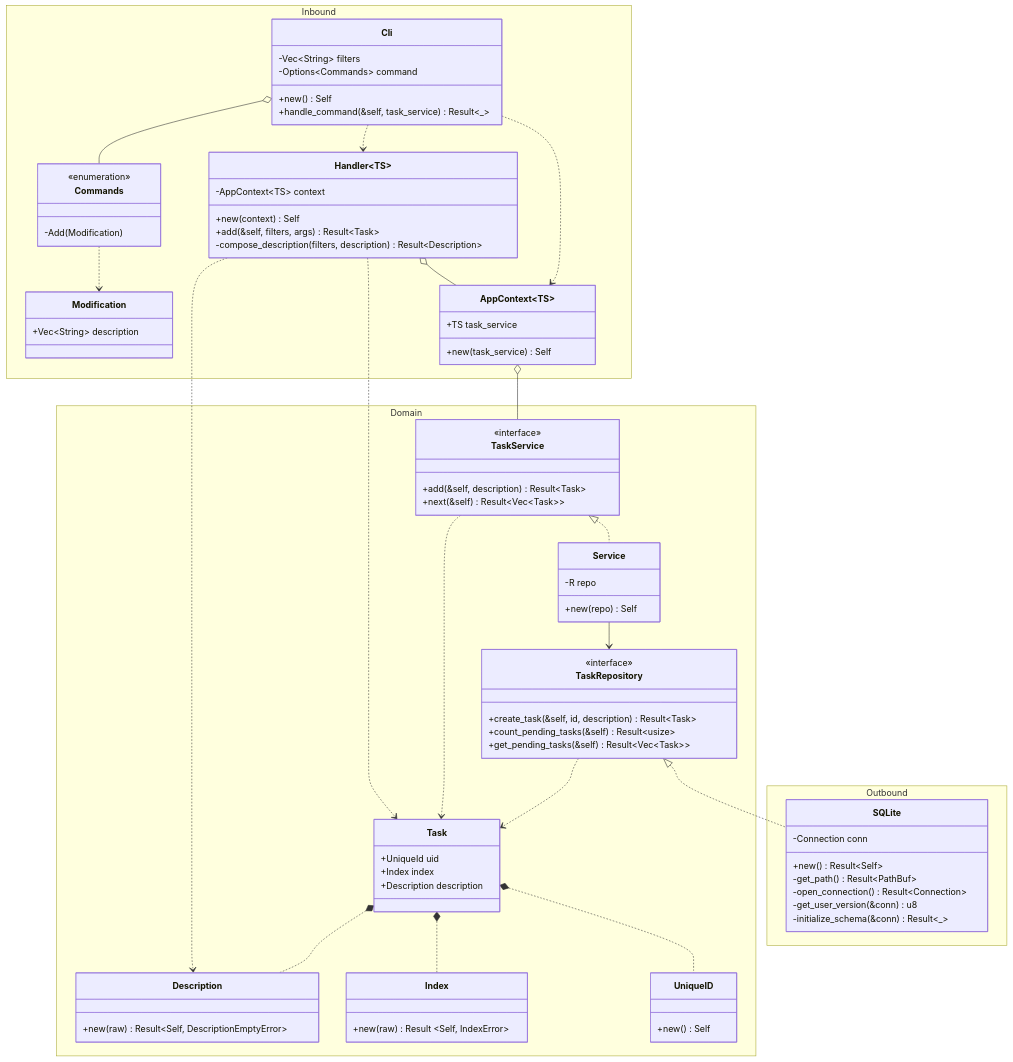
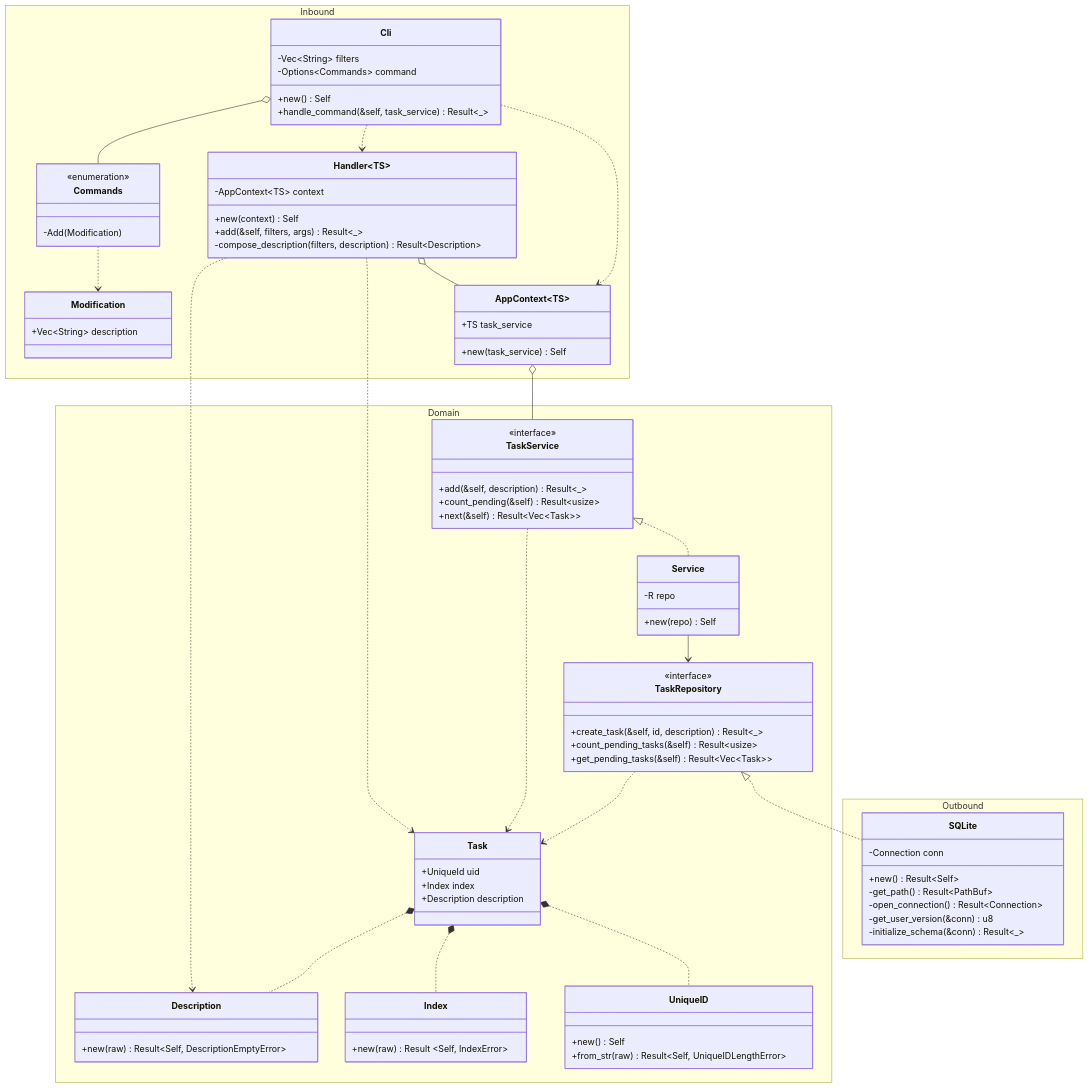
Before and after one commit to rvnkcode/dawn: the diagram in docs/class.md, drawn with Mermaid.

Commit message:
docs: updated class diagram

```diff
--- a/docs/class.md
+++ b/docs/class.md
@@ -27,7 +27,7 @@
     class Handler~TS~ {
       -AppContext~TS~ context
       +new(context) Self
-      +add(&self, filters, args) Result~Task~
+      +add(&self, filters, args) Result~_~
       -compose_description(filters, description) Result~Description~
     }
     class Cli {
@@ -51,6 +51,7 @@
     }
     class UniqueID {
       +new() Self
+      +from_str(raw) Result~Self, UniqueIDLengthError~
     }
     class Index {
       +new(raw) Result ~Self, IndexError~
@@ -62,7 +63,8 @@
     }
     class TaskService {
       <<interface>>
-      +add(&self, description) Result~Task~
+      +add(&self, description) Result~_~
+      +count_pending(&self) Result~usize~
       +next(&self) Result~Vec~Task~~
     }
     class Service~R~ {
@@ -71,7 +73,7 @@
     }
     class TaskRepository {
       <<interface>>
-      +create_task(&self, id, description) Result~Task~
+      +create_task(&self, id, description) Result~_~
       +count_pending_tasks(&self) Result~usize~
       +get_pending_tasks(&self) Result~Vec~Task~~
     }
```
